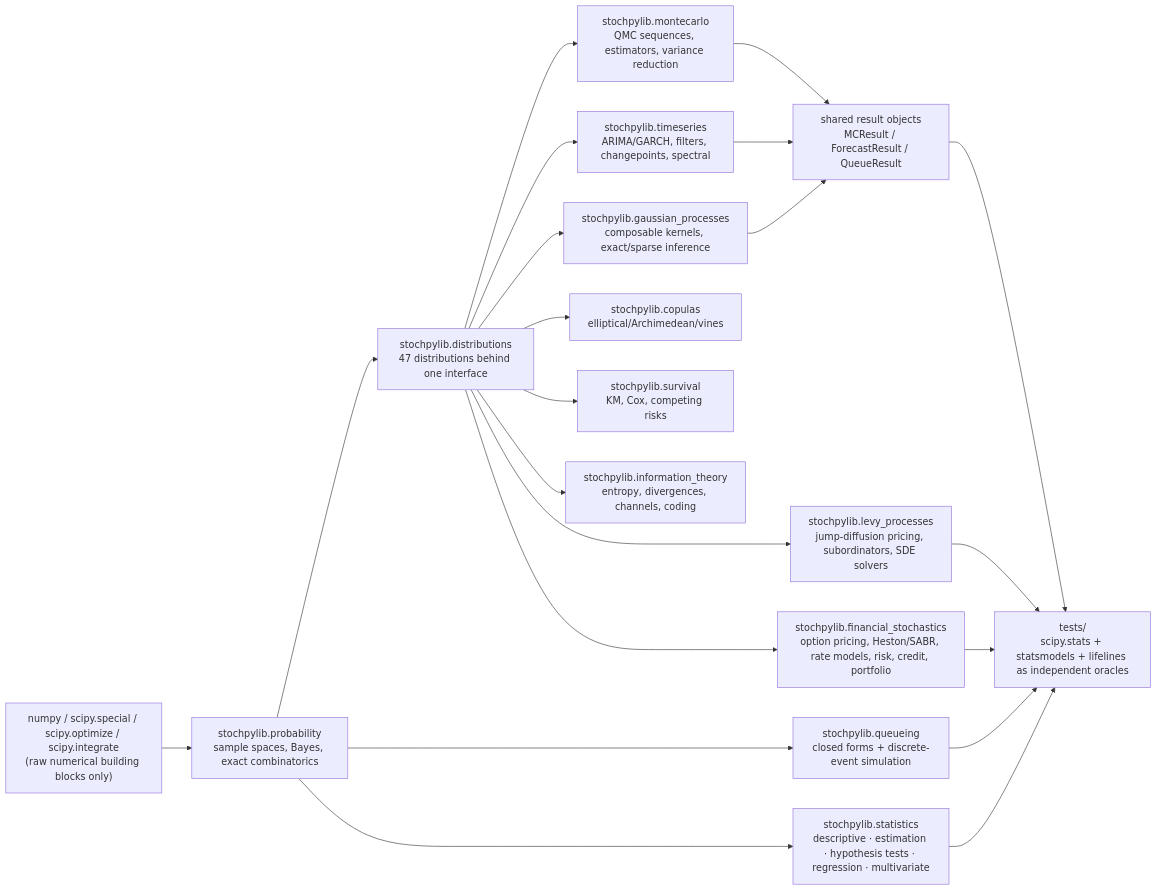
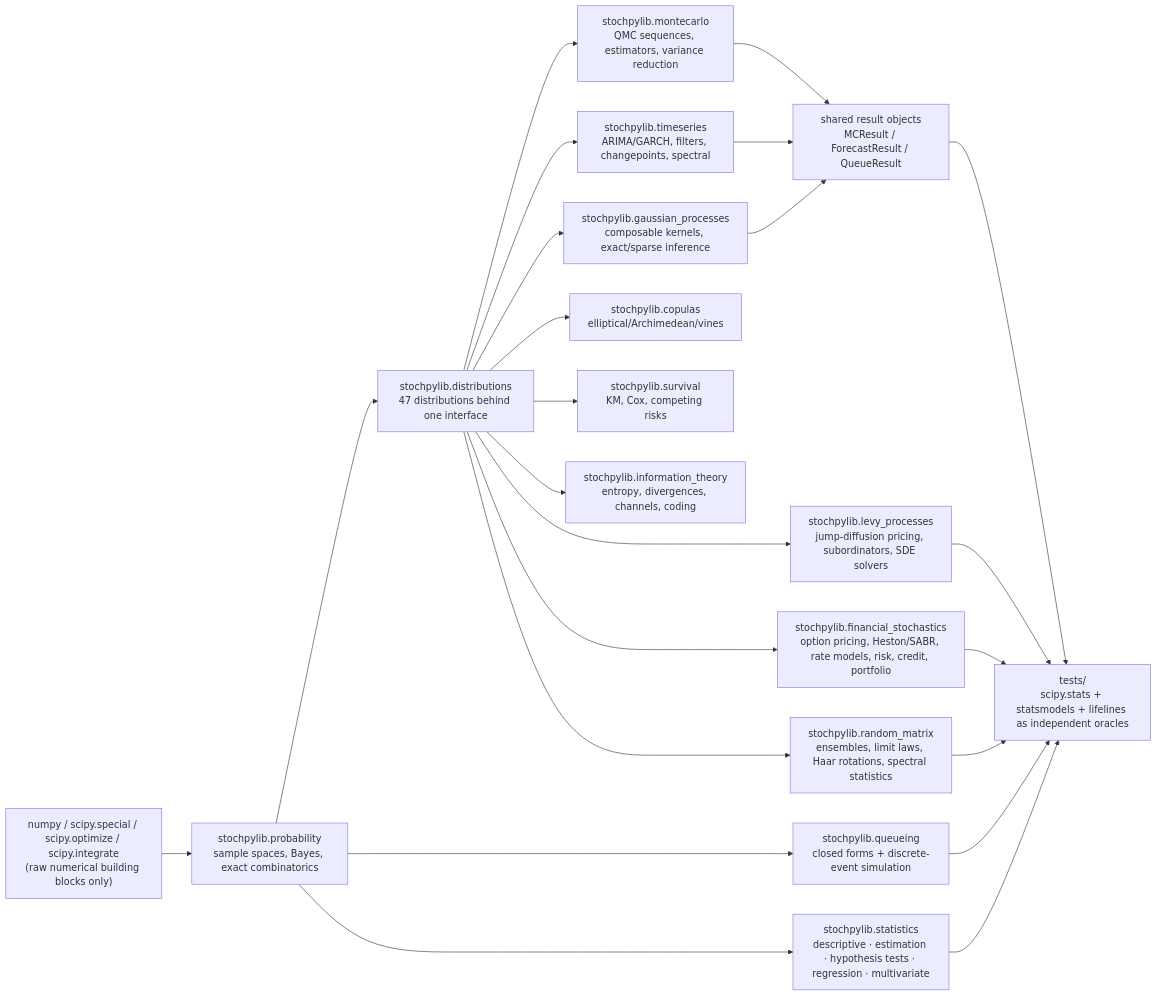
Before and after one commit to leon1706-lol/Stochpylib: the first of 2 diagrams in README.md, drawn with Mermaid. The commit also changed other lines of this file and 68 other files, not shown here.

````diff
--- a/README.md
+++ b/README.md
@@ -207,23 +209,25 @@
 ```mermaid
 flowchart LR
     A["numpy / scipy.special / scipy.optimize / scipy.integrate<br/>(raw numerical building blocks only)"] --> B["stochpylib.probability<br/>sample spaces, Bayes, exact combinatorics"]
     B --> C["stochpylib.distributions<br/>47 distributions behind one interface"]
     C --> D["stochpylib.montecarlo<br/>QMC sequences, estimators, variance reduction"]
     C --> E["stochpylib.timeseries<br/>ARIMA/GARCH, filters, changepoints, spectral"]
     C --> F["stochpylib.gaussian_processes<br/>composable kernels, exact/sparse inference"]
     C --> G["stochpylib.copulas<br/>elliptical/Archimedean/vines"]
     C --> H["stochpylib.survival<br/>KM, Cox, competing risks"]
     B --> I["stochpylib.queueing<br/>closed forms + discrete-event simulation"]
     C --> J["stochpylib.information_theory<br/>entropy, divergences, channels, coding"]
     C --> M["stochpylib.levy_processes<br/>jump-diffusion pricing, subordinators, SDE solvers"]
     C --> N["stochpylib.financial_stochastics<br/>option pricing, Heston/SABR, rate models, risk, credit, portfolio"]
     B --> O["stochpylib.statistics<br/>descriptive · estimation · hypothesis tests · regression · multivariate"]
+    C --> P["stochpylib.random_matrix<br/>ensembles, limit laws, Haar rotations, spectral statistics"]
     D --> K["shared result objects<br/>MCResult / ForecastResult / QueueResult"]
     E --> K
     F --> K
     K --> L["tests/<br/>scipy.stats + statsmodels + lifelines as independent oracles"]
     I --> L
     M --> L
     N --> L
     O --> L
+    P --> L
 ```
````
